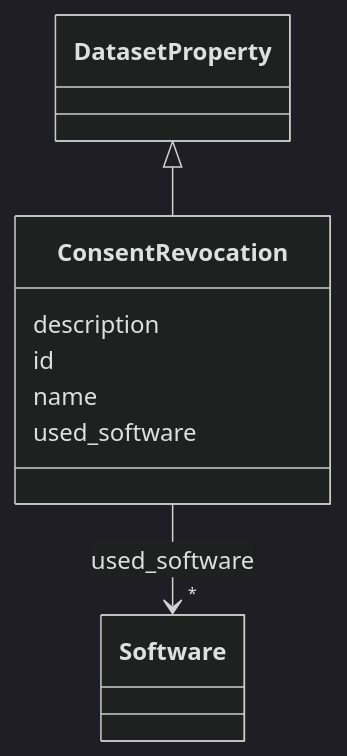
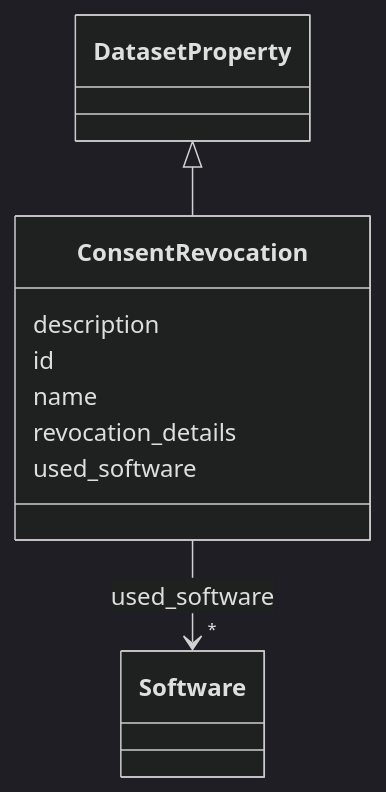
The diagram in docs/ConsentRevocation.md (bridge2ai/data-sheets-schema), drawn with Mermaid (dark theme) before and after one commit. The commit also changed other lines of this file and 682 other files, not shown here.

````diff
--- a/docs/ConsentRevocation.md
+++ b/docs/ConsentRevocation.md
@@ -20,26 +20,28 @@
 ```mermaid
  classDiagram
     class ConsentRevocation
     click ConsentRevocation href "../ConsentRevocation/"
       DatasetProperty <|-- ConsentRevocation
         click DatasetProperty href "../DatasetProperty/"
       
       ConsentRevocation : description
         
       ConsentRevocation : id
         
       ConsentRevocation : name
+        
+      ConsentRevocation : revocation_details
         
       ConsentRevocation : used_software
         
           
     
         
         
         ConsentRevocation --> "*" Software : used_software
         click Software href "../Software/"
     
 
         
       
 ```
````
